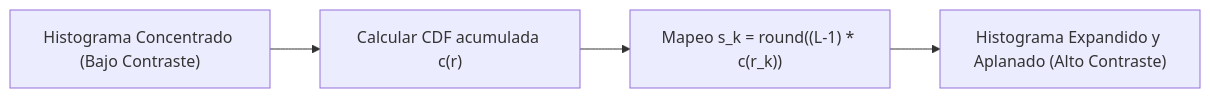
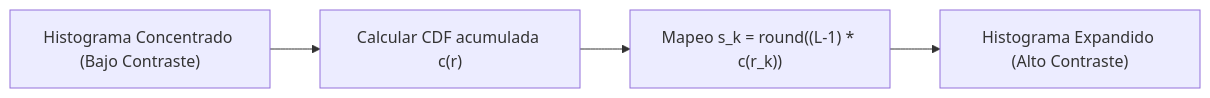
Before and after one commit to DanielChicoUGR/VC_APUNTES: the sixth of 6 diagrams in Tema 2/1. Representacion y Filtrado.md, drawn with Mermaid. The commit also changed other lines of this file and 10 other files, not shown here.

````diff
--- a/Tema 2/1. Representacion y Filtrado.md
+++ b/Tema 2/1. Representacion y Filtrado.md
@@ -314,6 +481,6 @@
 ```mermaid
 flowchart LR
     A["Histograma Concentrado (Bajo Contraste)"] --> B["Calcular CDF acumulada c(r)"]
     B --> C["Mapeo s_k = round((L-1) * c(r_k))"]
-    C --> D["Histograma Expandido y Aplanado (Alto Contraste)"]
+    C --> D["Histograma Expandido (Alto Contraste)"]
 ```
````
